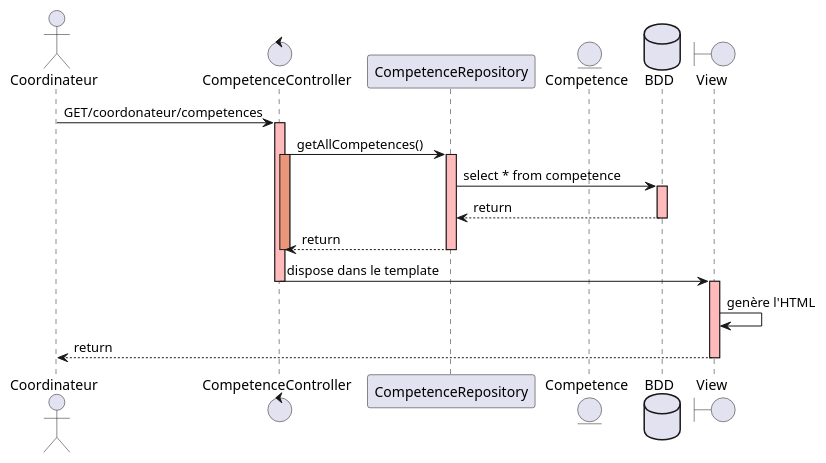
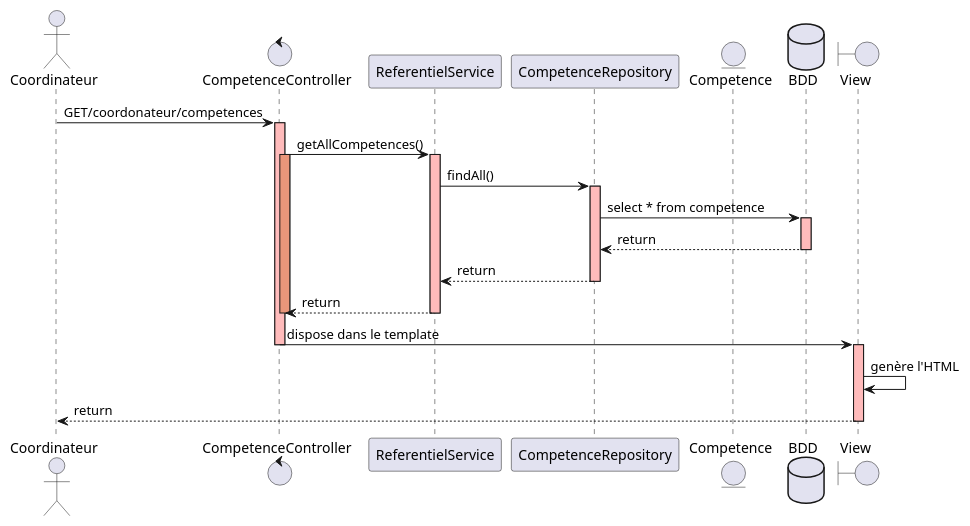
The diagram in doc/puml/SequenceDiagram.puml (GreenHawk-99/AppGreta), drawn with PlantUML before and after one commit. The commit also changed 10 other files, not shown here.

```diff
--- a/doc/puml/SequenceDiagram.puml
+++ b/doc/puml/SequenceDiagram.puml
@@ -1,33 +1,39 @@
 @startuml
 
 actor Coordinateur
 control "CompetenceController" as CC
+participant "ReferentielService" as CS
 participant "CompetenceRepository" as CR
 entity "Competence" as C
 database "BDD" as BDD
 boundary "View" as V
 
 Coordinateur -> CC: GET/coordonateur/competences
 activate CC #FFBBBB
 
-CC -> CR: getAllCompetences()
+
+CC -> CS: getAllCompetences()
 activate CC #DarkSalmon
+activate CS #FFBBBB
+CS -> CR: findAll()
 activate CR #FFBBBB
 
 CR -> BDD: select * from competence
 activate BDD #FFBBBB
 BDD --> CR: return
 deactivate BDD
 
-CR --> CC: return
+CR --> CS: return
+deactivate CR
+CS --> CC: return
+deactivate CS
 deactivate CC
-deactivate CR
 
 CC -> V: dispose dans le template
 deactivate CC
 activate V #FFBBBB
 V -> V: genère l'HTML
 V --> Coordinateur: return
 deactivate V
 
 @enduml
```
